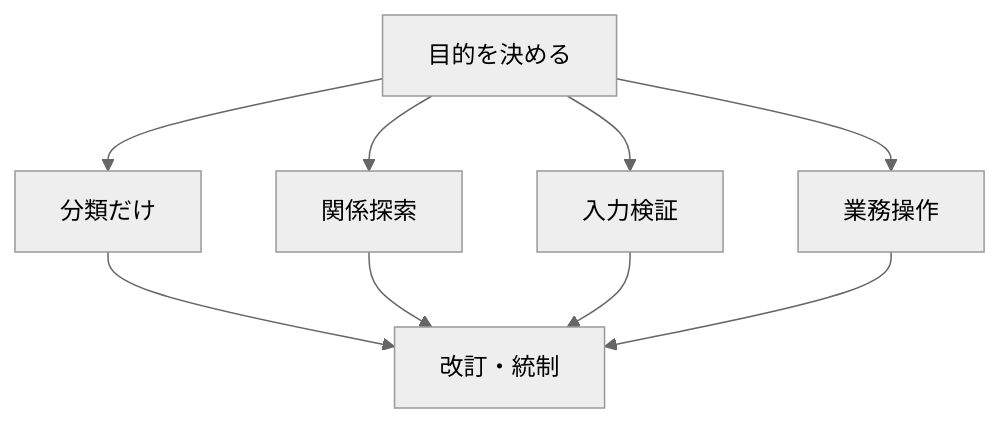
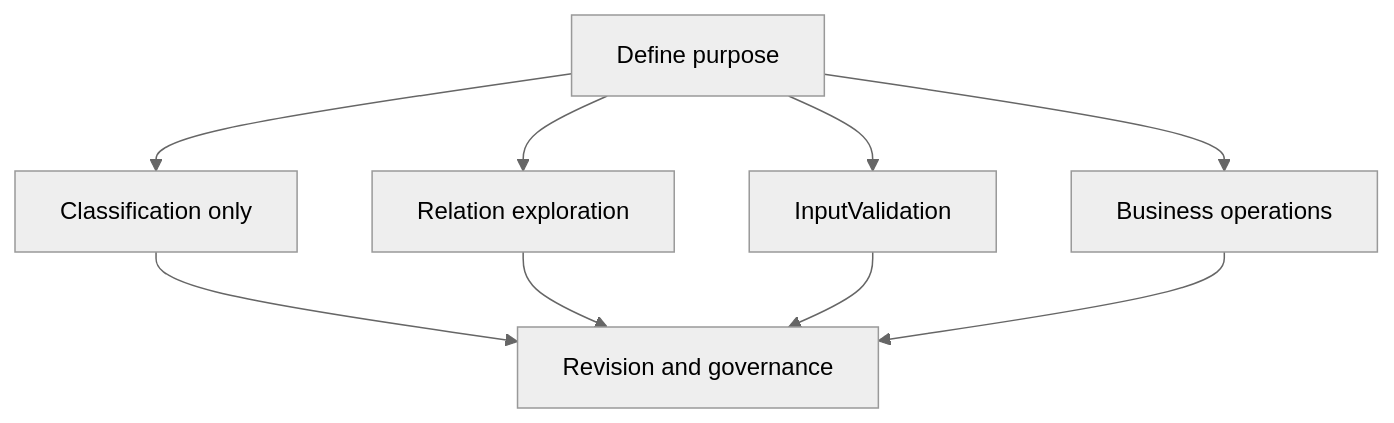
Before and after one commit to daylight55/research: the seventh of 8 diagrams in content/blog/en/ontology-concept.mdx, drawn with Mermaid (neutral theme). The commit also changed other lines of this file and 26 other files, not shown here.

Commit message:
Translate English Mermaid labels

````diff
--- a/content/blog/en/ontology-concept.mdx
+++ b/content/blog/en/ontology-concept.mdx
@@ -288,11 +288,11 @@
 ```mermaid
 flowchart TD
-  Q["目的を決める"] --> Tax["分類だけ"]
-  Q --> KG["関係探索"]
-  Q --> Val["入力検証"]
-  Q --> Ops["業務操作"]
-  Tax --> Gov["改訂・統制"]
+  Q["Define purpose"] --> Tax["Classification only"]
+  Q --> KG["Relation exploration"]
+  Q --> Val["InputValidation"]
+  Q --> Ops["Business operations"]
+  Tax --> Gov["Revision and governance"]
   KG --> Gov
   Val --> Gov
   Ops --> Gov
 ```
````
